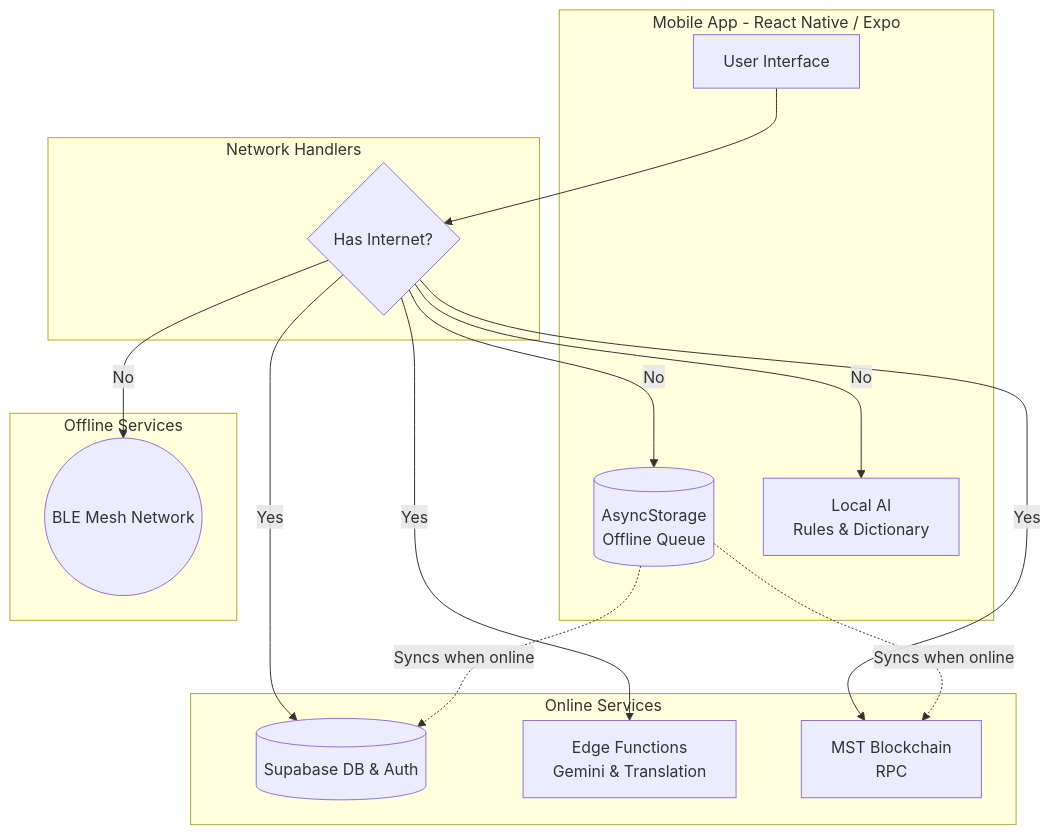
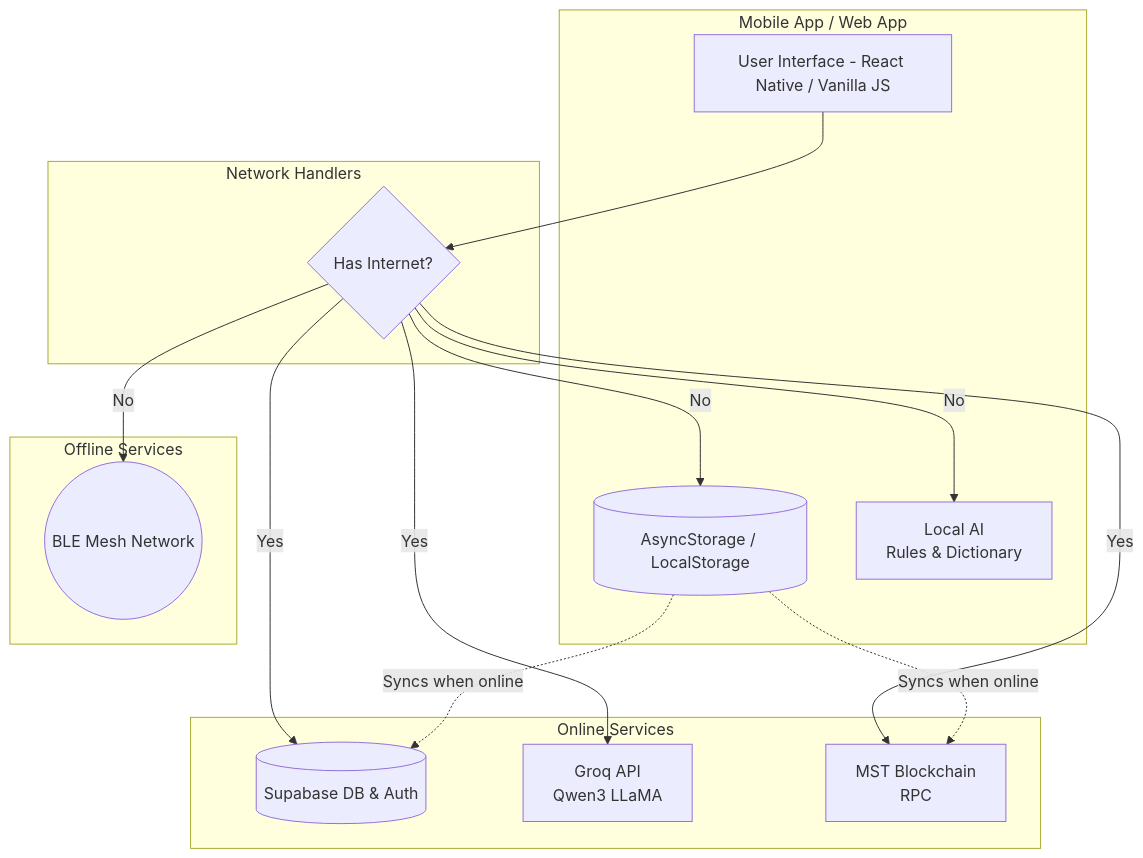
The diagram in README.md (HackIndiaXYZ/hackindia-ai-web3-builders-hackathon-2026-bharat), drawn with Mermaid before and after one commit. The commit also changed other lines of this file, not shown here.

Commit message:
docs: Update README.md with Web App details and Groq integration

````diff
--- a/README.md
+++ b/README.md
@@ -22,34 +22,34 @@
 ```mermaid
 graph TD
-    subgraph Client Application [Mobile App - React Native / Expo]
-        UI[User Interface]
-        LocalDB[(AsyncStorage \n Offline Queue)]
+    subgraph Client Application [Mobile App / Web App]
+        UI[User Interface - React Native / Vanilla JS]
+        LocalDB[(AsyncStorage / LocalStorage)]
         OfflineAI[Local AI \n Rules & Dictionary]
     end
 
     subgraph Connectivity Layer [Network Handlers]
         NetManager{Has Internet?}
     end
 
     subgraph Cloud Infrastructure [Online Services]
         Supabase[(Supabase DB & Auth)]
-        EdgeFunc[Edge Functions \n Gemini & Translation]
+        Groq[Groq API \n Qwen3 LLaMA]
         MST[MST Blockchain \n RPC]
     end
 
     subgraph Decentralized Mesh [Offline Services]
         BLE((BLE Mesh Network))
     end
 
     UI --> NetManager
     NetManager -- Yes --> Supabase
-    NetManager -- Yes --> EdgeFunc
+    NetManager -- Yes --> Groq
     NetManager -- Yes --> MST
     
     NetManager -- No --> LocalDB
     NetManager -- No --> BLE
     NetManager -- No --> OfflineAI
     
     LocalDB -. Syncs when online .-> MST
     LocalDB -. Syncs when online .-> Supabase
 ```
````
